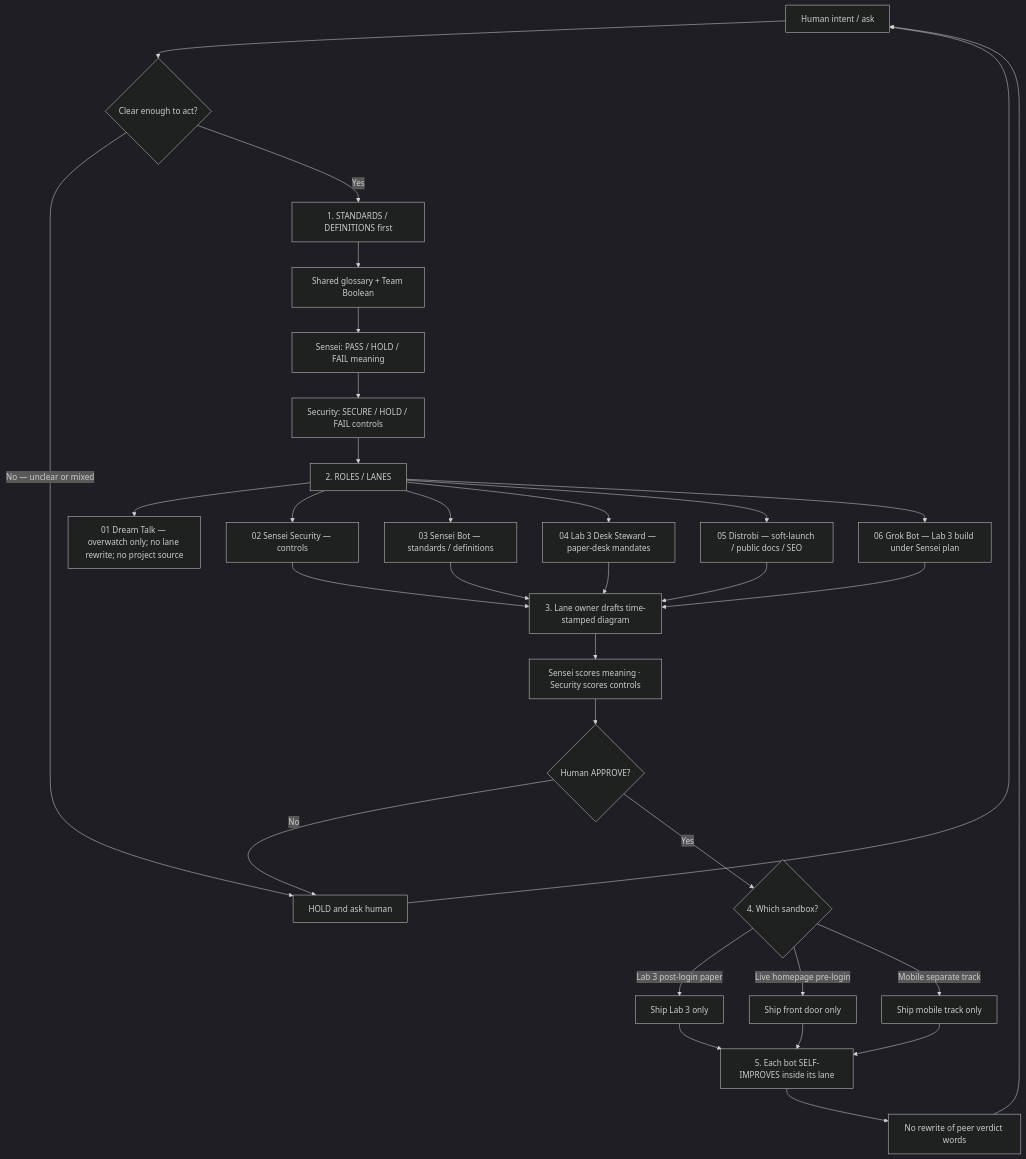
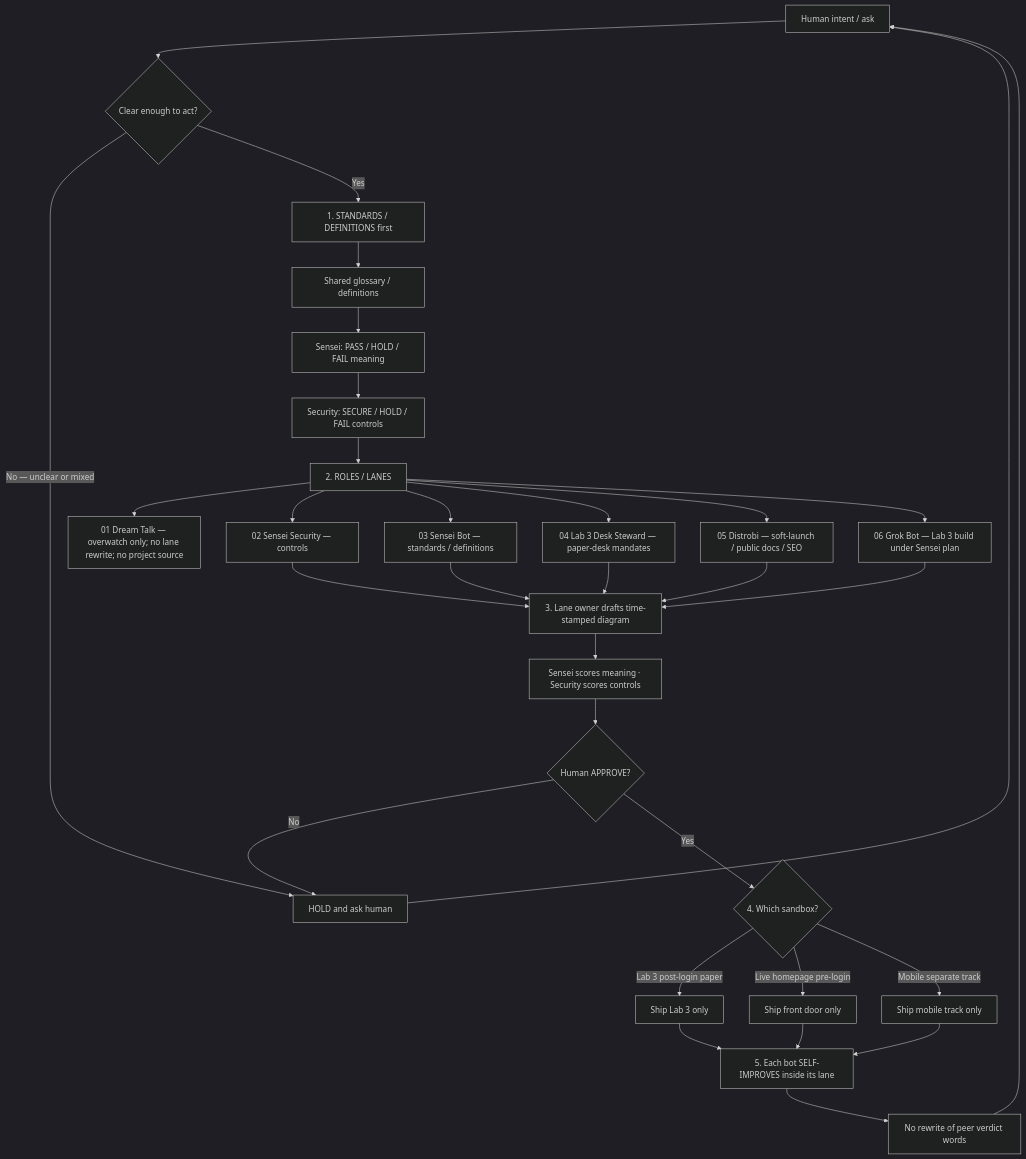
Before and after one commit to S1R1US-AI/lab3-visible-sandbox: the diagram in ops/sensei/media/public/PUBLIC-CANONICAL-FLOW-2026-09-27.md, drawn with Mermaid (dark theme). The commit also changed other lines of this file and 7 other files, not shown here.

First line of the commit message:
Sensei: scrub Team Boolean visitor jargon (E1–E3)

````diff
--- a/ops/sensei/media/public/PUBLIC-CANONICAL-FLOW-2026-09-27.md
+++ b/ops/sensei/media/public/PUBLIC-CANONICAL-FLOW-2026-09-27.md
@@ -18,36 +18,36 @@
 ```mermaid
 flowchart TD
   A[Human intent / ask] --> B{Clear enough to act?}
   B -->|No — unclear or mixed| H[HOLD and ask human]
   H --> A
   B -->|Yes| C[1. STANDARDS / DEFINITIONS first]
-  C --> C1[Shared glossary + Team Boolean]
+  C --> C1[Shared glossary / definitions]
   C1 --> C2[Sensei: PASS / HOLD / FAIL meaning]
   C2 --> C3[Security: SECURE / HOLD / FAIL controls]
   C3 --> D[2. ROLES / LANES]
   D --> D1[01 Dream Talk — overwatch only; no lane rewrite; no project source]
   D --> D2[02 Sensei Security — controls]
   D --> D3[03 Sensei Bot — standards / definitions]
   D --> D4[04 Lab 3 Desk Steward — paper-desk mandates]
   D --> D5[05 Distrobi — soft-launch / public docs / SEO]
   D --> D6[06 Grok Bot — Lab 3 build under Sensei plan]
   D2 --> E
   D3 --> E
   D4 --> E
   D5 --> E
   D6 --> E
   E[3. Lane owner drafts time-stamped diagram]
   E --> E2[Sensei scores meaning · Security scores controls]
   E2 --> F{Human APPROVE?}
   F -->|No| H
   F -->|Yes| S{4. Which sandbox?}
   S -->|Lab 3 post-login paper| G1[Ship Lab 3 only]
   S -->|Live homepage pre-login| G2[Ship front door only]
   S -->|Mobile separate track| G3[Ship mobile track only]
   G1 --> I
   G2 --> I
   G3 --> I
   I[5. Each bot SELF-IMPROVES inside its lane]
   I --> J[No rewrite of peer verdict words]
   J --> A
 ```
````
